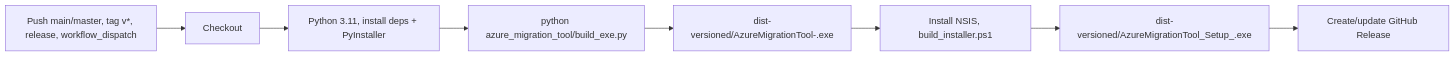
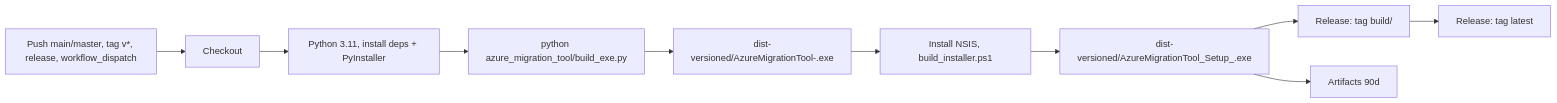
Before and after one commit to satishchauhan66/azure_migration_tool: diagram 14 of 14 in docs/ARCHITECTURE.md, drawn with Mermaid. The commit also changed other lines of this file and 4 other files, not shown here.

````diff
--- a/docs/ARCHITECTURE.md
+++ b/docs/ARCHITECTURE.md
@@ -361,11 +373,13 @@
 ```mermaid
 flowchart LR
     TRIGGER[Push main/master, tag v*, release, workflow_dispatch]
     TRIGGER --> CHECKOUT[Checkout]
     CHECKOUT --> PY[Python 3.11, install deps + PyInstaller]
     PY --> BUILD[python azure_migration_tool/build_exe.py]
     BUILD --> EXE[dist-versioned/AzureMigrationTool-<ver>.exe]
     EXE --> NSIS[Install NSIS, build_installer.ps1]
     NSIS --> SETUP[dist-versioned/AzureMigrationTool_Setup_<ver>.exe]
-    SETUP --> RELEASE[Create/update GitHub Release]
+    SETUP --> ARCH[Release: tag build/<ver>]
+    ARCH --> LATEST[Release: tag latest]
+    SETUP --> ART[Artifacts 90d]
 ```
````
